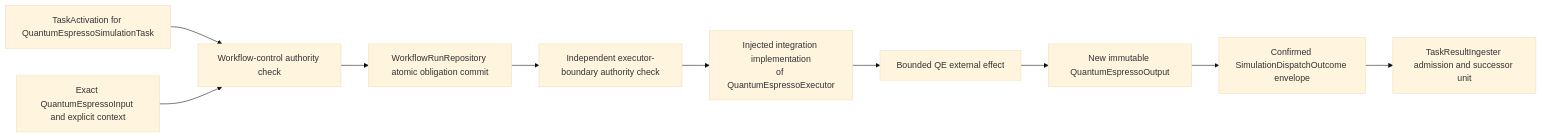
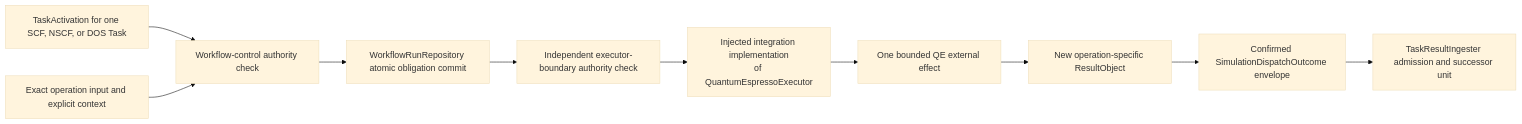
One commit to eragasa/ksdft2effmass changed the second of 2 diagrams in docs/architecture/v2/ksdft2effmass/workflows/simulation-task-model.md. Above: the diagram before and after it, drawn with Mermaid (base theme). The commit also changed other lines of this file and 113 other files, not shown here.

````diff
--- a/docs/architecture/v2/ksdft2effmass/workflows/simulation-task-model.md
+++ b/docs/architecture/v2/ksdft2effmass/workflows/simulation-task-model.md
@@ -49,12 +63,12 @@
 ```mermaid
 flowchart LR
-    activation["TaskActivation for QuantumEspressoSimulationTask"] --> control["Workflow-control authority check"]
-    input["Exact QuantumEspressoInput and explicit context"] --> control
+    activation["TaskActivation for one SCF, NSCF, or DOS Task"] --> control["Workflow-control authority check"]
+    input["Exact operation input and explicit context"] --> control
     control --> commit["WorkflowRunRepository atomic obligation commit"]
     commit --> executor_check["Independent executor-boundary authority check"]
     executor_check --> executor["Injected integration implementation<br/>of QuantumEspressoExecutor"]
-    executor --> effect["Bounded QE external effect"]
-    effect --> output["New immutable QuantumEspressoOutput"]
+    executor --> effect["One bounded QE external effect"]
+    effect --> output["New operation-specific ResultObject"]
     output --> outcome["Confirmed SimulationDispatchOutcome envelope"]
     outcome --> ingress["TaskResultIngester admission and successor unit"]
 ```
````
